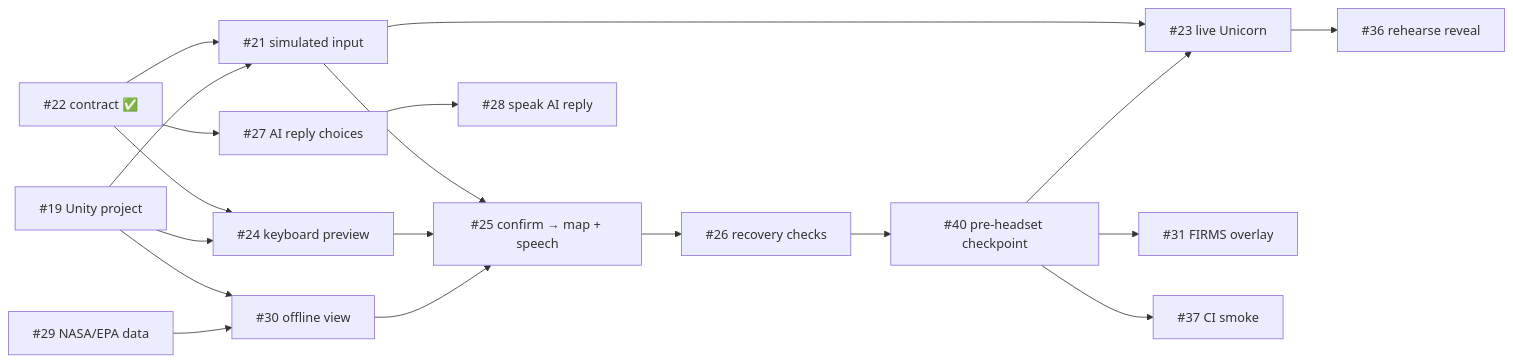
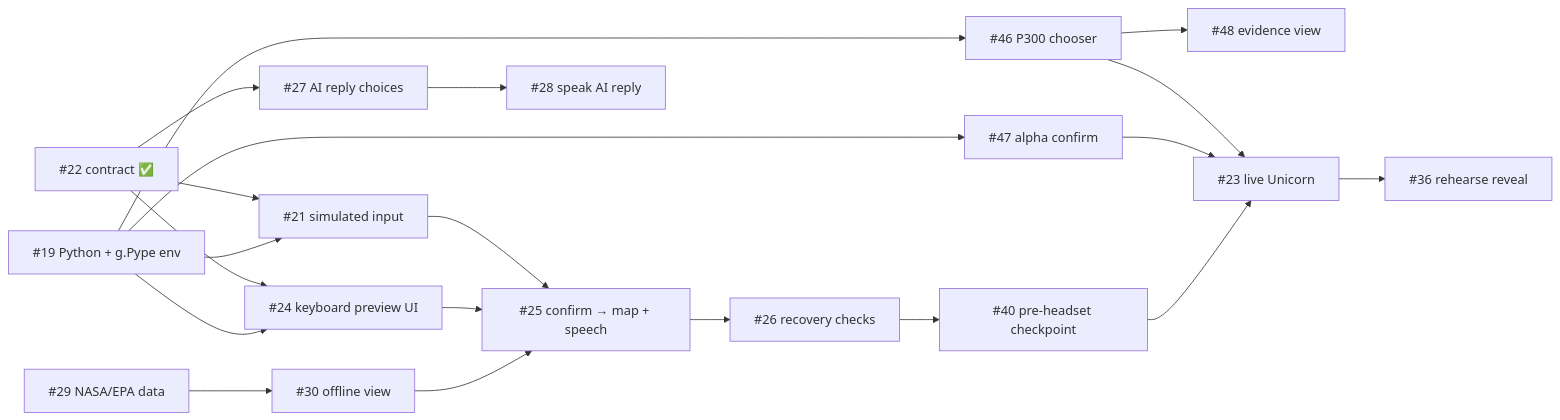
The second of 2 diagrams in docs/architecture/selection-contract.md (Order-of-the-Golden-Eagles/Signal2Speech), drawn with Mermaid before and after one commit. The commit also changed other lines of this file and 22 other files, not shown here.

First line of the commit message:
Pivot to Python + g.Pype: port the selection contract, rewrite docs

````diff
--- a/docs/architecture/selection-contract.md
+++ b/docs/architecture/selection-contract.md
@@ -134,21 +154,22 @@
 ```mermaid
 flowchart LR
     I22["#22 contract ✅"] --> I21["#21 simulated input"]
-    I22 --> I24["#24 keyboard preview"]
+    I22 --> I24["#24 keyboard preview UI"]
     I22 --> I27["#27 AI reply choices"]
-    I19["#19 Unity project"] --> I21
+    I19["#19 Python + g.Pype env"] --> I21
     I19 --> I24
-    I19 --> I30
+    I19 --> I46["#46 P300 chooser"]
+    I19 --> I47["#47 alpha confirm"]
     I29["#29 NASA/EPA data"] --> I30["#30 offline view"]
     I21 --> I25["#25 confirm → map + speech"]
     I24 --> I25
     I30 --> I25
+    I46 --> I48["#48 evidence view"]
     I25 --> I26["#26 recovery checks"]
     I26 --> I40["#40 pre-headset checkpoint"]
-    I21 --> I23["#23 live Unicorn"]
+    I46 --> I23["#23 live Unicorn"]
+    I47 --> I23
     I40 --> I23
     I23 --> I36["#36 rehearse reveal"]
     I27 --> I28["#28 speak AI reply"]
-    I40 --> I31["#31 FIRMS overlay"]
-    I40 --> I37["#37 CI smoke"]
 ```
````
